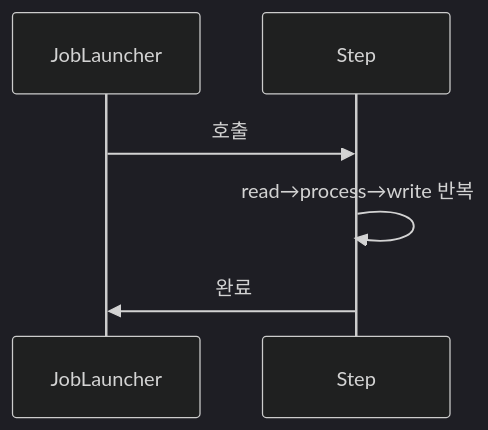
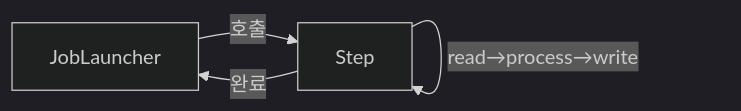
Before and after one commit to yjkim2015/yjkim2015.github.io: the fifth of 5 diagrams in _posts/batch/2026-05-03-spring-batch-fundamentals.md, drawn with Mermaid (dark theme). The commit also changed other lines of this file and 84 other files, not shown here.

First line of the commit message:
85개 포스트 Mermaid 다이어그램 규칙 일괄 수정

````diff
--- a/_posts/batch/2026-05-03-spring-batch-fundamentals.md
+++ b/_posts/batch/2026-05-03-spring-batch-fundamentals.md
@@ -228,6 +228,8 @@
 ```mermaid
-sequenceDiagram
-    JobLauncher->>Step: 호출
-    Step->>Step: read→process→write 반복
-    Step->>JobLauncher: 완료
+graph LR
+    JL["JobLauncher"]
+    ST["Step"]
+    JL -->|"호출"| ST
+    ST -->|"read→process→write"| ST
+    ST -->|"완료"| JL
 ```
````
